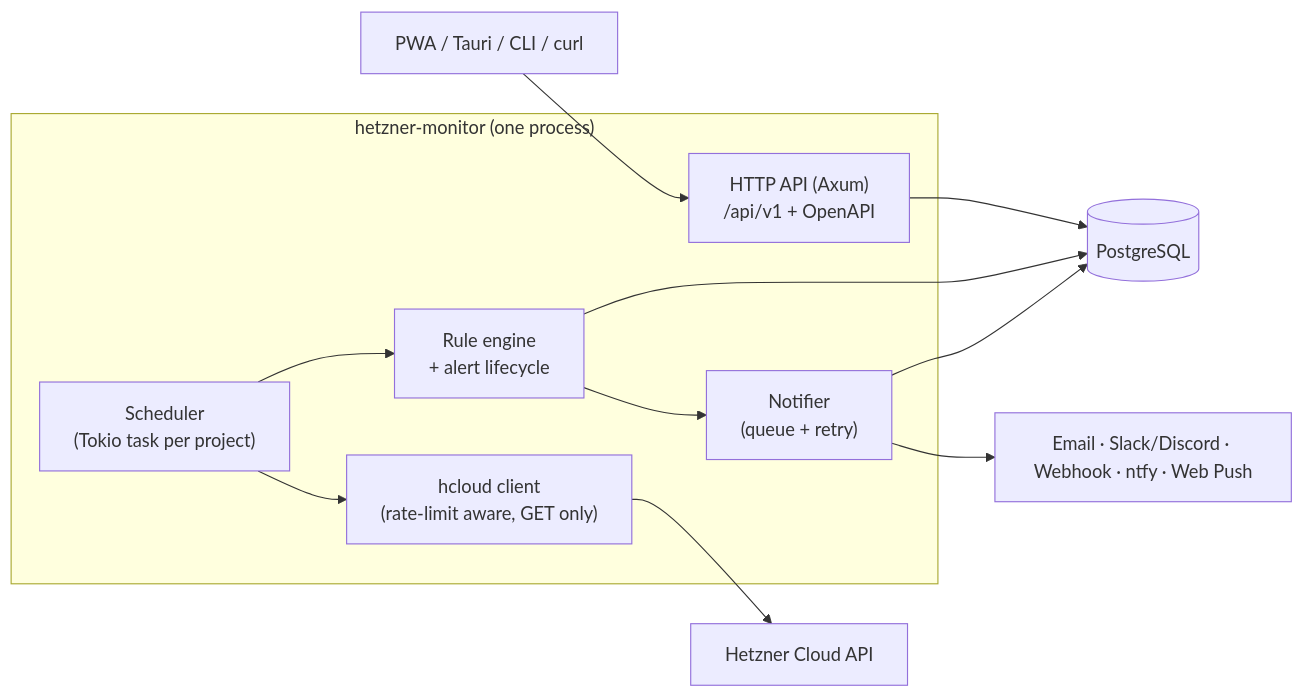
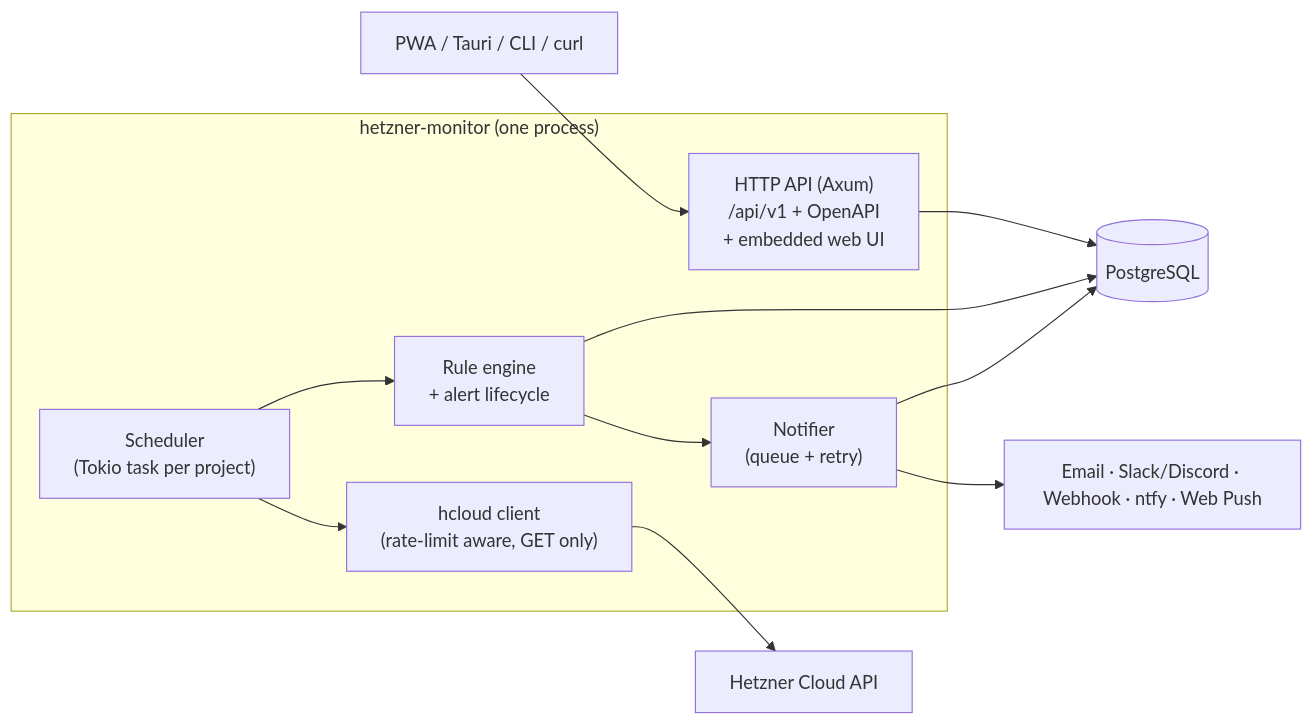
One commit to maxnoelp2/hetzner-monitor changed the diagram in ARCHITECTURE.md. Above: the diagram before and after it, drawn with Mermaid. The commit also changed other lines of this file and 11 other files, not shown here.

Commit message:
docs: web UI design doc, UI-first README, ADR-0015/0016 references, roadmap M6

````diff
--- a/ARCHITECTURE.md
+++ b/ARCHITECTURE.md
@@ -20,20 +21,20 @@
 ```mermaid
 flowchart LR
   subgraph Binary["hetzner-monitor (one process)"]
-    API["HTTP API (Axum)<br/>/api/v1 + OpenAPI"]
+    API["HTTP API (Axum)<br/>/api/v1 + OpenAPI<br/>+ embedded web UI"]
     SCH["Scheduler<br/>(Tokio task per project)"]
     ENG["Rule engine<br/>+ alert lifecycle"]
     NOT["Notifier<br/>(queue + retry)"]
     HC["hcloud client<br/>(rate-limit aware, GET only)"]
   end
   PG[(PostgreSQL)]
   HZ[Hetzner Cloud API]
   CH[Email · Slack/Discord · Webhook · ntfy · Web Push]
   UI[PWA / Tauri / CLI / curl]
 
   UI --> API --> PG
   SCH --> HC --> HZ
   SCH --> ENG --> PG
   ENG --> NOT --> CH
   NOT --> PG
 ```
````
